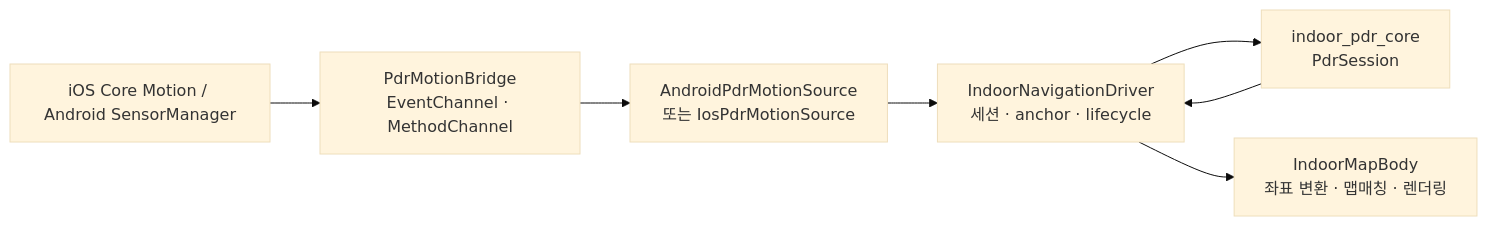
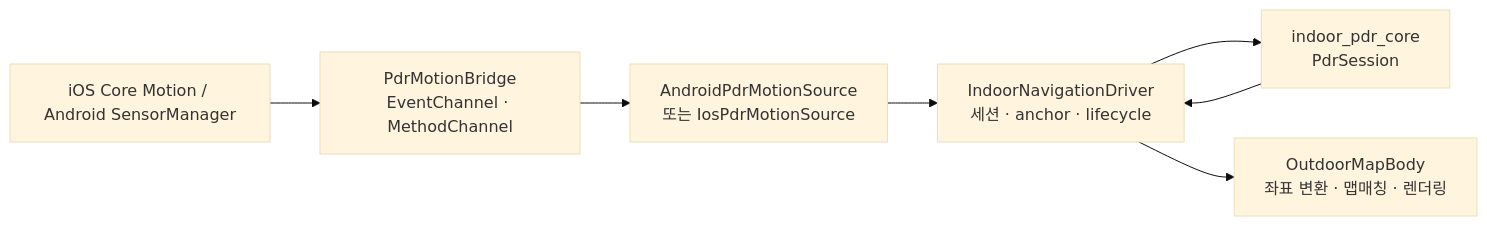
One commit to Routex-labs/Navigation changed the second of 3 diagrams in docs/pdr/pdr-dev-integration.md. Above: the diagram before and after it, drawn with Mermaid (base theme). The commit also changed other lines of this file and 1 other file, not shown here.

````diff
--- a/docs/pdr/pdr-dev-integration.md
+++ b/docs/pdr/pdr-dev-integration.md
@@ -97,12 +99,12 @@
 ```mermaid
 flowchart LR
   Native["iOS Core Motion / Android SensorManager"]
   Bridge["PdrMotionBridge\nEventChannel · MethodChannel"]
   Source["AndroidPdrMotionSource\n또는 IosPdrMotionSource"]
   Driver["IndoorNavigationDriver\n세션 · anchor · lifecycle"]
   Core["indoor_pdr_core\nPdrSession"]
-  Map["IndoorMapBody\n좌표 변환 · 맵매칭 · 렌더링"]
+  Map["OutdoorMapBody\n좌표 변환 · 맵매칭 · 렌더링"]
 
   Native --> Bridge --> Source --> Driver --> Core
   Core --> Driver --> Map
 ```
````
